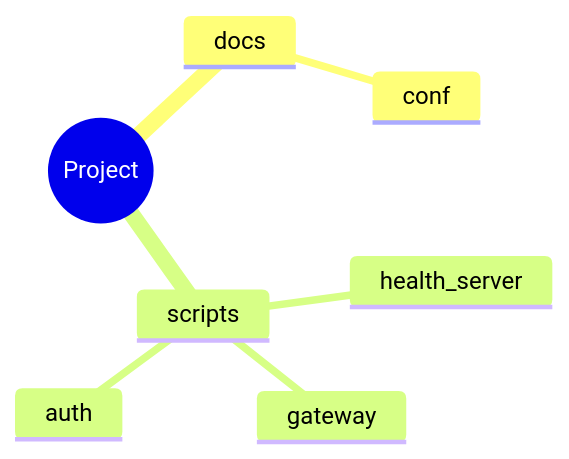
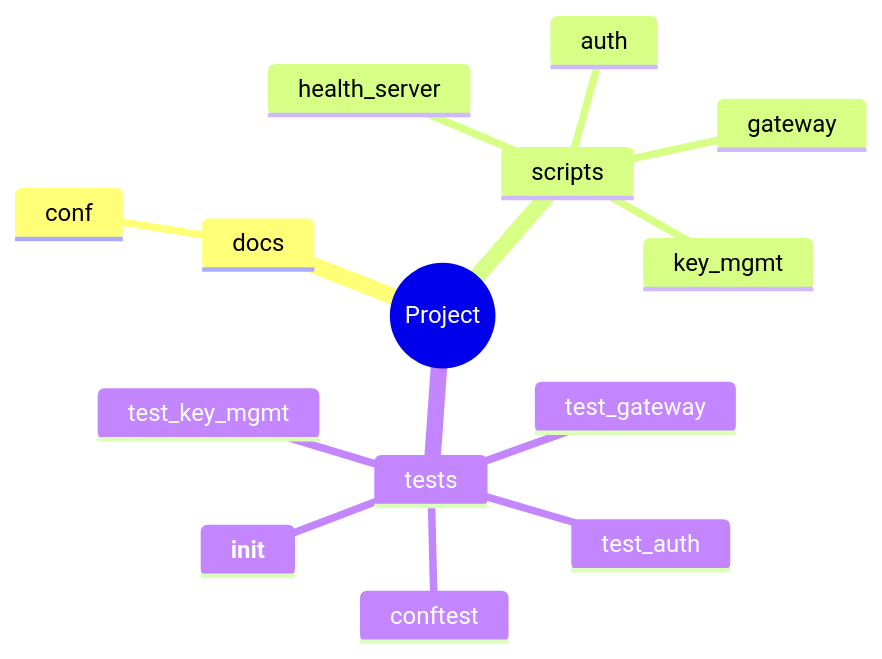
One commit to zepfu/llama-gguf-inference changed the fourth of 7 diagrams in docs/auto/ARCHITECTURE_AUTO.md. Above: the diagram before and after it, drawn with Mermaid. The commit also changed other lines of this file and 3 other files, not shown here.

````diff
--- a/docs/auto/ARCHITECTURE_AUTO.md
+++ b/docs/auto/ARCHITECTURE_AUTO.md
@@ -91,10 +174,17 @@
 ```mermaid
 mindmap
   root((Project))
     docs
       conf
     scripts
       health_server
+      key_mgmt
+      auth
       gateway
-      auth
+    tests
+      test_auth
+      test_key_mgmt
+      conftest
+      test_gateway
+      __init__
 ```
````
